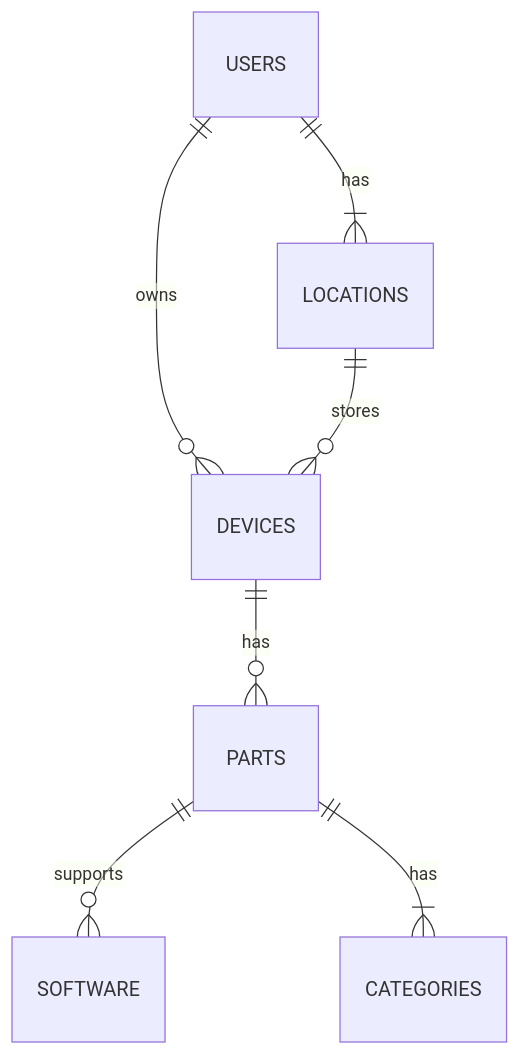
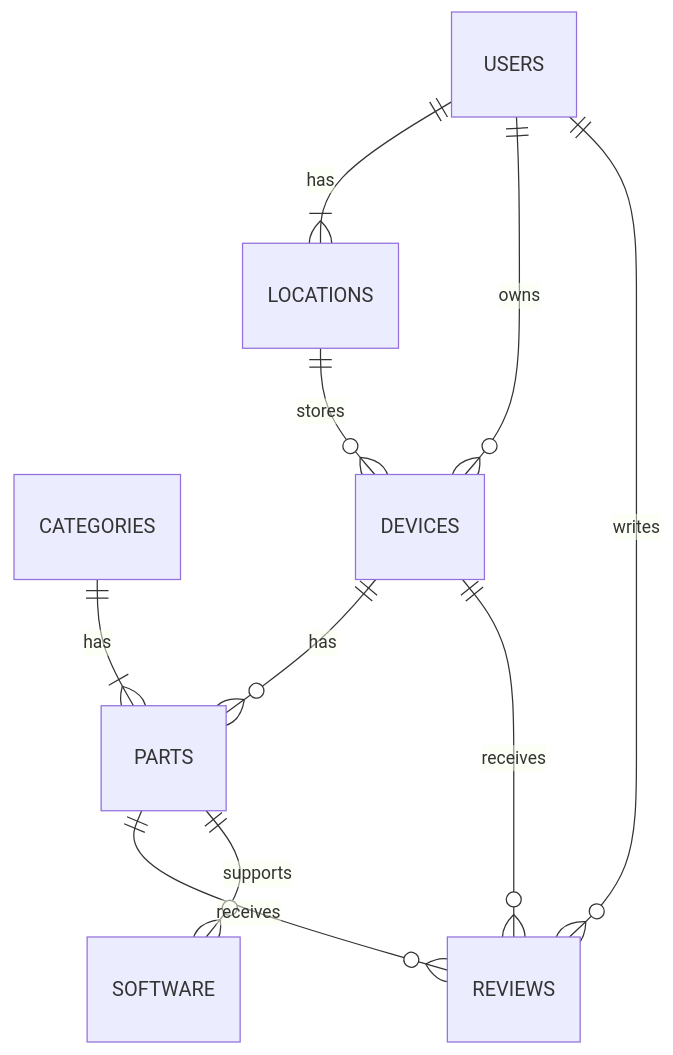
Before and after one commit to bsmylie873/TransistorTracker: the diagram in README.md, drawn with Mermaid.

Commit message:
Adding reviews.

```````diff
--- a/README.md
+++ b/README.md
@@ -25,10 +25,13 @@
 ```mermaid
 %%{init: {'theme':'default'}}%%
 erDiagram
+    CATEGORIES ||--|{ PARTS : has
+    DEVICES ||--o{ PARTS : has
+    DEVICES ||--o{ REVIEWS : receives
+    LOCATIONS ||--o{ DEVICES : stores
+    PARTS ||--o{ REVIEWS : receives
+    PARTS ||--o{ SOFTWARE : supports
+    USERS ||--|{ LOCATIONS : has
     USERS ||--o{ DEVICES : owns
-    USERS ||--|{ LOCATIONS : has
-    DEVICES ||--o{ PARTS : has
-    PARTS ||--o{ SOFTWARE : supports
-    PARTS ||--|{ CATEGORIES : has
-    LOCATIONS ||--o{ DEVICES : stores
+    USERS ||--o{ REVIEWS : writes
 ``````
```````
